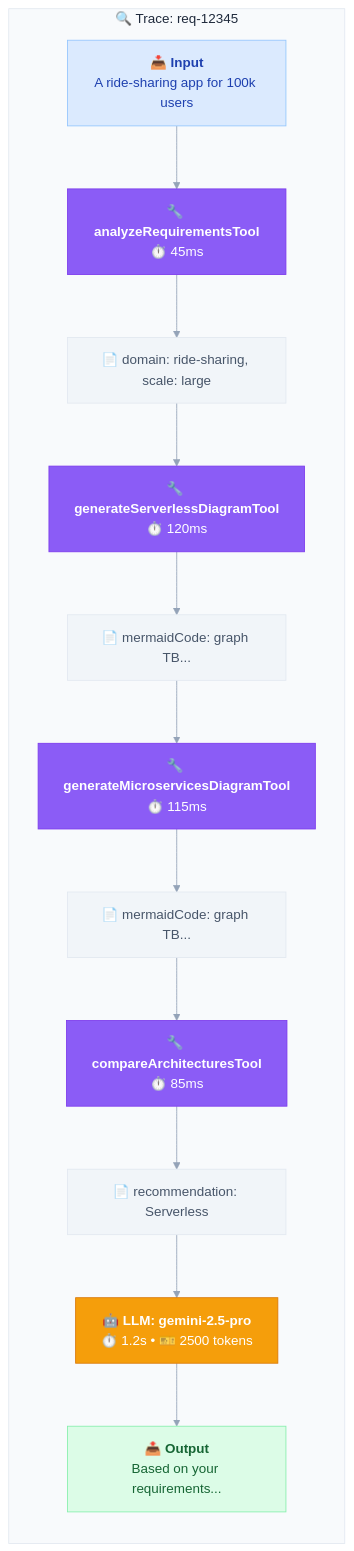
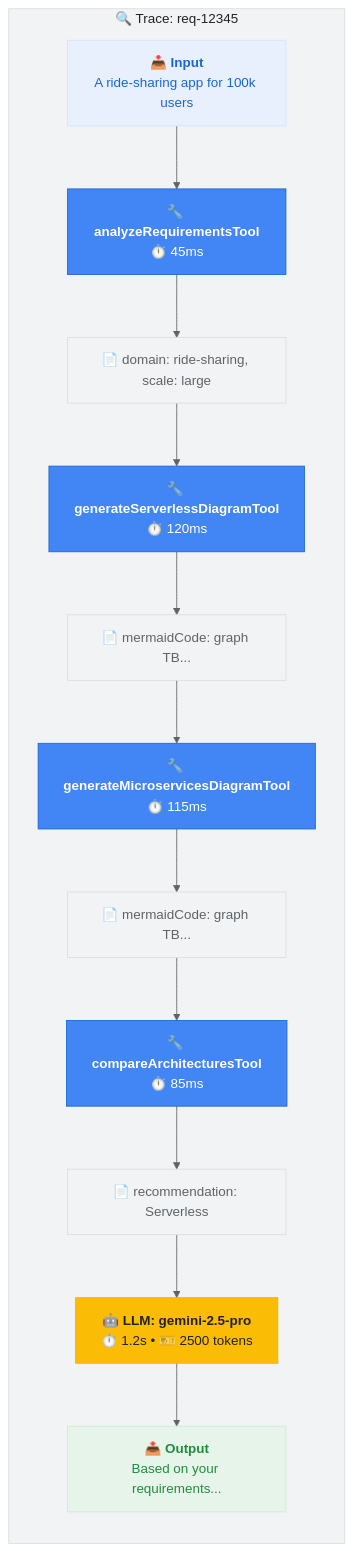
One commit to techyvenki/techie-venki-hub changed the fifth of 7 diagrams in docs/_posts/2025-01-31-mastra-ai-framework.md. Above: the diagram before and after it, drawn with Mermaid. The commit also changed other lines of this file, not shown here.

````diff
--- a/docs/_posts/2025-01-31-mastra-ai-framework.md
+++ b/docs/_posts/2025-01-31-mastra-ai-framework.md
@@ -600,44 +600,44 @@
 ```mermaid
-%%{init: {'theme': 'base', 'themeVariables': { 'primaryColor': '#6366f1', 'primaryTextColor': '#fff', 'lineColor': '#94a3b8'}}}%%
+%%{init: {'theme': 'base', 'themeVariables': { 'primaryColor': '#4285F4', 'primaryTextColor': '#fff', 'lineColor': '#5F6368'}}}%%
 flowchart TD
     subgraph trace["🔍 Trace: req-12345"]
         direction TB
         
         input["📥 <b>Input</b><br/>A ride-sharing app for 100k users"]
         
         tool1["🔧 <b>analyzeRequirementsTool</b><br/>⏱️ 45ms"]
         out1["📄 domain: ride-sharing, scale: large"]
         
         tool2["🔧 <b>generateServerlessDiagramTool</b><br/>⏱️ 120ms"]
         out2["📄 mermaidCode: graph TB..."]
         
         tool3["🔧 <b>generateMicroservicesDiagramTool</b><br/>⏱️ 115ms"]
         out3["📄 mermaidCode: graph TB..."]
         
         tool4["🔧 <b>compareArchitecturesTool</b><br/>⏱️ 85ms"]
         out4["📄 recommendation: Serverless"]
         
         llm["🤖 <b>LLM: gemini-2.5-pro</b><br/>⏱️ 1.2s • 🎫 2500 tokens"]
         
         output["📤 <b>Output</b><br/>Based on your requirements..."]
     end
     
     input --> tool1 --> out1
     out1 --> tool2 --> out2
     out2 --> tool3 --> out3
     out3 --> tool4 --> out4
     out4 --> llm --> output
 
-    style trace fill:#f8fafc,stroke:#e2e8f0,color:#1e293b
-    style input fill:#dbeafe,stroke:#93c5fd,color:#1e40af
-    style tool1 fill:#8b5cf6,stroke:#7c3aed,color:#fff
-    style tool2 fill:#8b5cf6,stroke:#7c3aed,color:#fff
-    style tool3 fill:#8b5cf6,stroke:#7c3aed,color:#fff
-    style tool4 fill:#8b5cf6,stroke:#7c3aed,color:#fff
-    style out1 fill:#f1f5f9,stroke:#e2e8f0,color:#475569
-    style out2 fill:#f1f5f9,stroke:#e2e8f0,color:#475569
-    style out3 fill:#f1f5f9,stroke:#e2e8f0,color:#475569
-    style out4 fill:#f1f5f9,stroke:#e2e8f0,color:#475569
-    style llm fill:#f59e0b,stroke:#d97706,color:#fff
-    style output fill:#dcfce7,stroke:#86efac,color:#166534
+    style trace fill:#F1F3F4,stroke:#DADCE0,color:#202124
+    style input fill:#E8F0FE,stroke:#D2E3FC,color:#1967D2
+    style tool1 fill:#4285F4,stroke:#1967D2,color:#fff
+    style tool2 fill:#4285F4,stroke:#1967D2,color:#fff
+    style tool3 fill:#4285F4,stroke:#1967D2,color:#fff
+    style tool4 fill:#4285F4,stroke:#1967D2,color:#fff
+    style out1 fill:#F1F3F4,stroke:#DADCE0,color:#5F6368
+    style out2 fill:#F1F3F4,stroke:#DADCE0,color:#5F6368
+    style out3 fill:#F1F3F4,stroke:#DADCE0,color:#5F6368
+    style out4 fill:#F1F3F4,stroke:#DADCE0,color:#5F6368
+    style llm fill:#FBBC05,stroke:#F9AB00,color:#202124
+    style output fill:#E6F4EA,stroke:#CEEAD6,color:#1E8E3E
 ```
````
